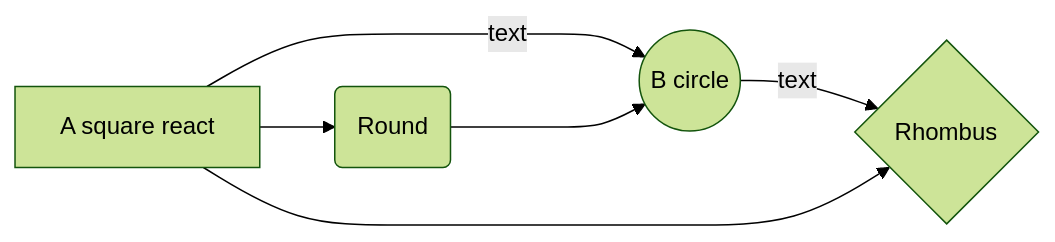
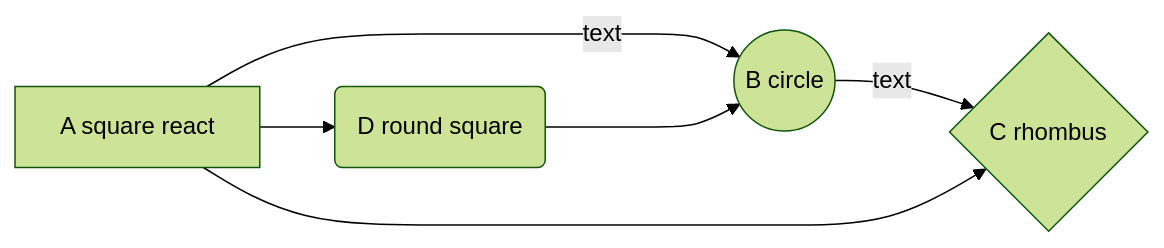
The first of 2 diagrams in README.md (VygintasK/letter-game), drawn with Mermaid (forest theme) before and after one commit. The commit also changed other lines of this file, not shown here.

Commit message:
DDiagrams

````diff
--- a/README.md
+++ b/README.md
@@ -16,8 +16,8 @@
 ```mermaid
 graph LR
 A[A square react] -- text --> B((B circle)) 
-B--text--> C{Rhombus}
-A --> D(Round)
+B--text--> C{C rhombus}
+A --> D(D round square)
 D ---> B
 A --> C
 ```
````
